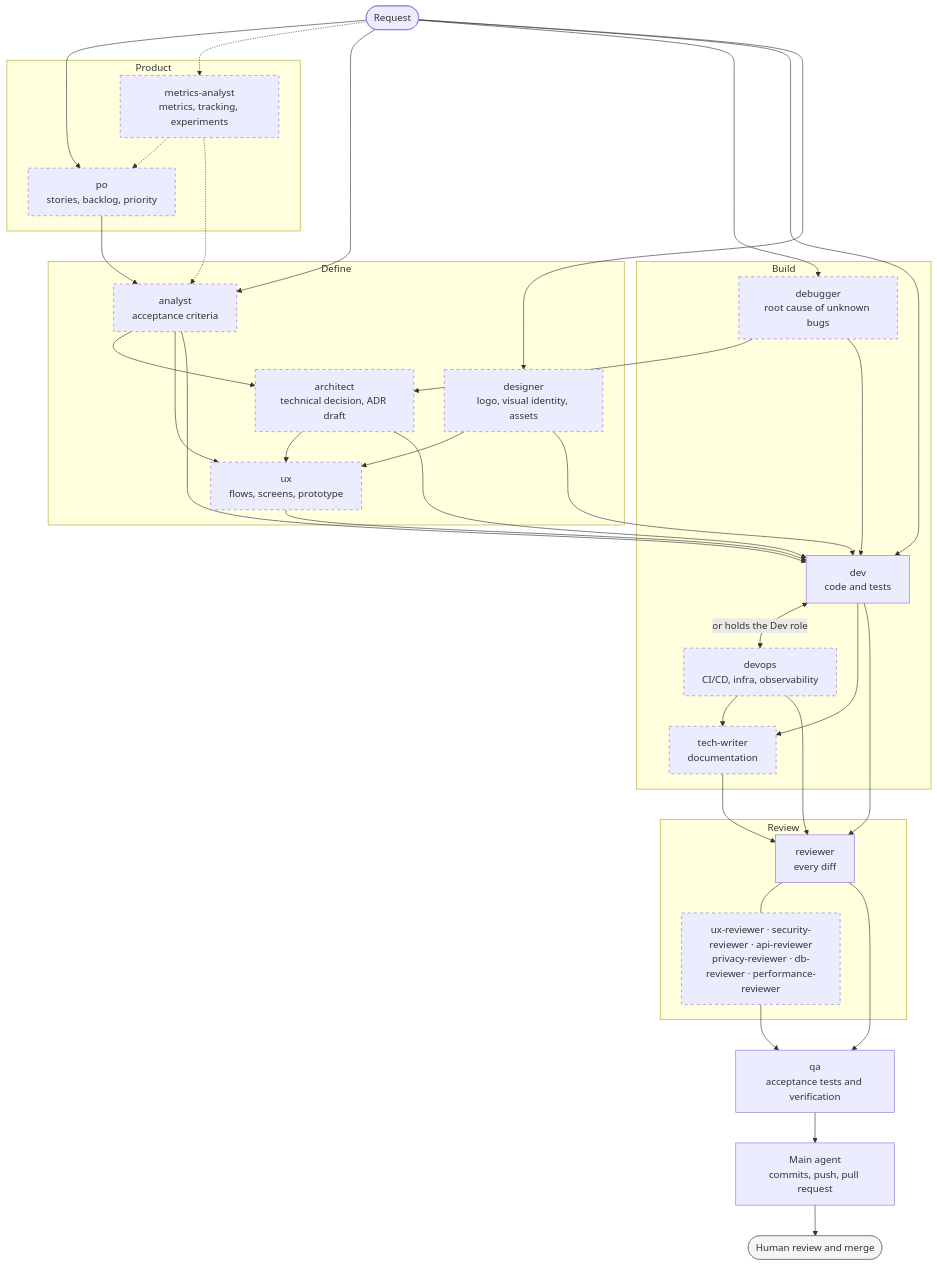
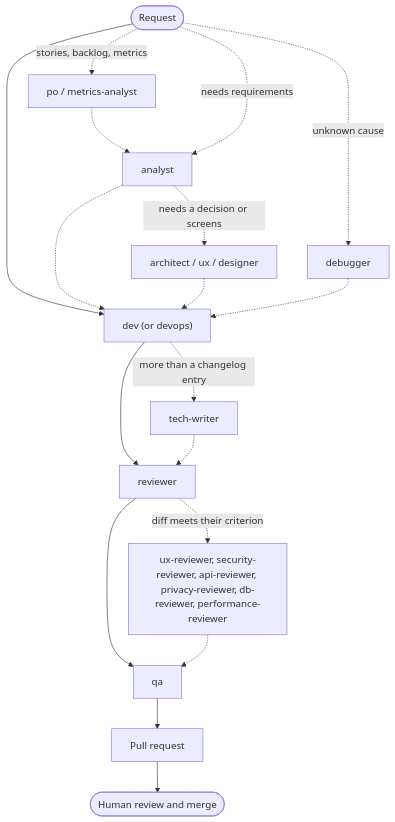
Before and after one commit to ifdevtecnologia/ifdev-agent-team: the first of 2 diagrams in README.md, drawn with Mermaid. The commit also changed other lines of this file and 8 other files, not shown here.

````diff
--- a/README.md
+++ b/README.md
@@ -236,66 +22,33 @@
 ```mermaid
 flowchart TD
-    classDef optional stroke-dasharray: 5 5
-    classDef human fill:#f5f5f5,stroke:#888
+    request([Request])
+    po["po / metrics-analyst"]
+    analyst[analyst]
+    design["architect / ux / designer"]
+    debugger[debugger]
+    dev["dev (or devops)"]
+    writer[tech-writer]
+    reviewer[reviewer]
+    specialized["ux-reviewer, security-reviewer, api-reviewer, privacy-reviewer, db-reviewer, performance-reviewer"]
+    qa[qa]
+    pr["Pull request"]
+    merge(["Human review and merge"])
 
-    request([Request])
-
-    subgraph product["Product"]
-        po["po<br/>stories, backlog, priority"]:::optional
-        metrics["metrics-analyst<br/>metrics, tracking, experiments"]:::optional
-    end
-
-    subgraph define["Define"]
-        analyst["analyst<br/>acceptance criteria"]:::optional
-        architect["architect<br/>technical decision, ADR draft"]:::optional
-        ux["ux<br/>flows, screens, prototype"]:::optional
-        designer["designer<br/>logo, visual identity, assets"]:::optional
-    end
-
-    subgraph build["Build"]
-        debugger["debugger<br/>root cause of unknown bugs"]:::optional
-        dev["dev<br/>code and tests"]
-        devops["devops<br/>CI/CD, infra, observability"]:::optional
-        writer["tech-writer<br/>documentation"]:::optional
-    end
-
-    subgraph review["Review"]
-        reviewer["reviewer<br/>every diff"]
-        specialized["ux-reviewer · security-reviewer · api-reviewer<br/>privacy-reviewer · db-reviewer · performance-reviewer"]:::optional
-    end
-
-    qa["qa<br/>acceptance tests and verification"]
-    delivery["Main agent<br/>commits, push, pull request"]
-    merge(["Human review and merge"]):::human
-
-    request --> po
-    request -.-> metrics
-    request --> analyst
-    request --> debugger
+    request -.->|"stories, backlog, metrics"| po
+    po -.-> analyst
+    request -.->|"needs requirements"| analyst
+    analyst -.->|"needs a decision or screens"| design
+    request -.->|"unknown cause"| debugger
     request --> dev
-    po --> analyst
-    metrics -.-> po
-    metrics -.-> analyst
-    analyst --> architect
-    analyst --> ux
-    request --> designer
-    designer --> ux
-    designer --> dev
-    architect --> ux
-    architect --> dev
-    ux --> dev
-    analyst --> dev
-    debugger --> architect
-    debugger --> dev
-    dev <-->|"or holds the Dev role"| devops
-    dev --> writer
-    devops --> writer
+    analyst -.-> dev
+    design -.-> dev
+    debugger -.-> dev
+    dev -.->|"more than a changelog entry"| writer
     dev --> reviewer
-    devops --> reviewer
-    writer --> reviewer
-    reviewer --- specialized
+    writer -.-> reviewer
+    reviewer -.->|"diff meets their criterion"| specialized
     reviewer --> qa
-    specialized --> qa
-    qa --> delivery
-    delivery --> merge
+    specialized -.-> qa
+    qa --> pr
+    pr --> merge
 ```
````
